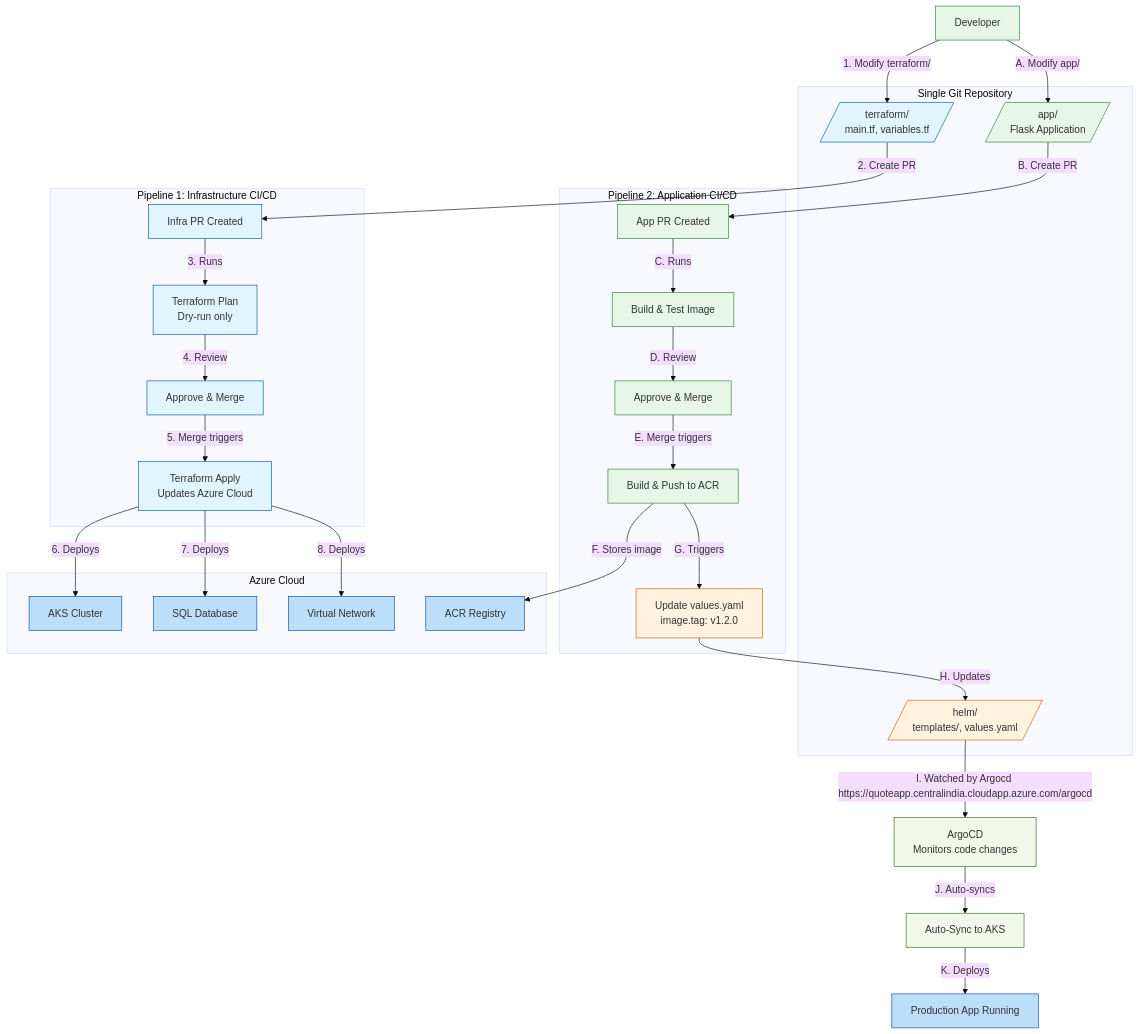
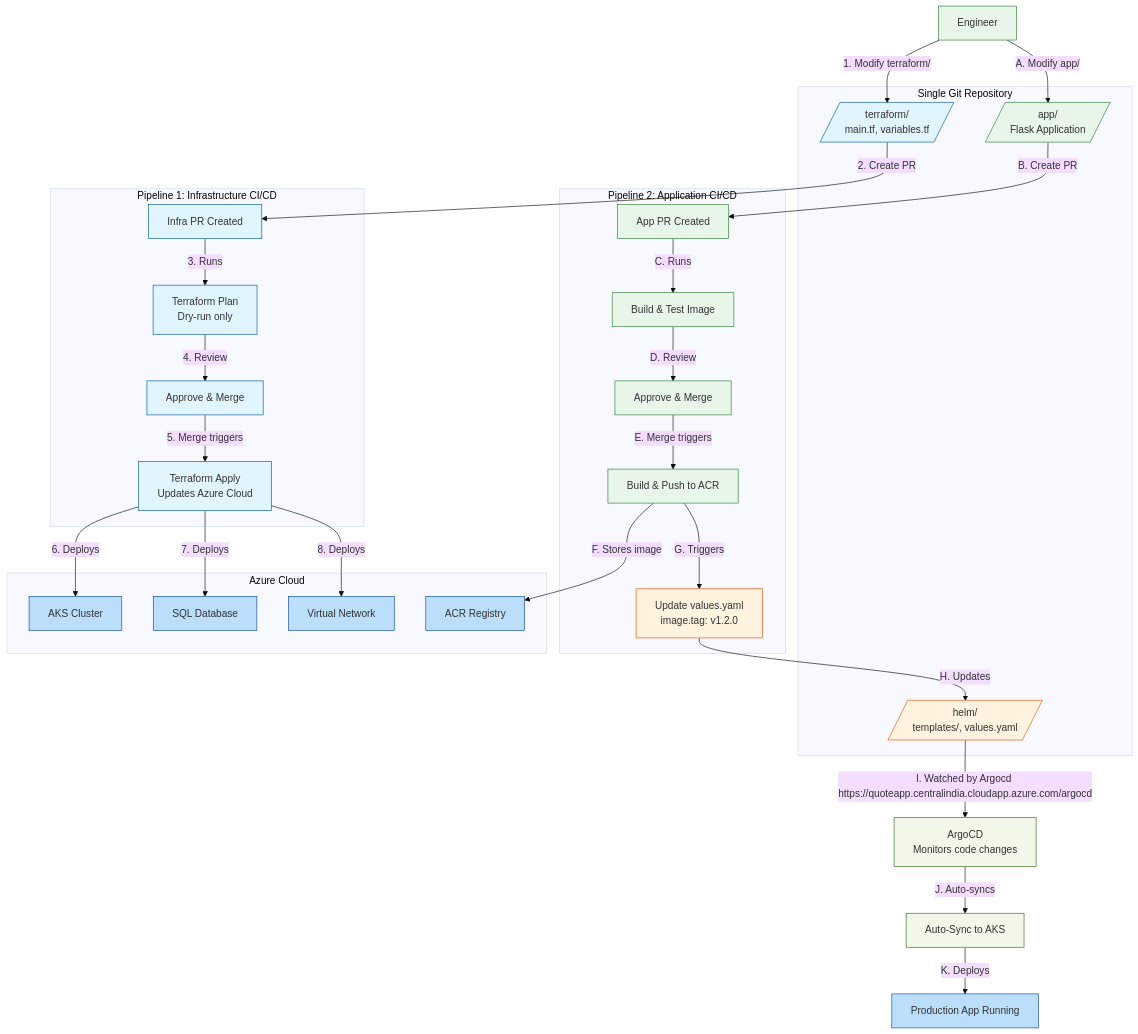
Before and after one commit to mahesh-assessment/azure-webapp: the second of 2 diagrams in README.md, drawn with Mermaid (base theme).

````diff
--- a/README.md
+++ b/README.md
@@ -91,76 +91,76 @@
 ```mermaid
 graph TD
     %% Styling
     classDef dev fill:#e8f5e9,stroke:#2e7d32
     classDef git fill:#f3e5f5,stroke:#4a148c
     classDef terraform fill:#e1f5fe,stroke:#01579b
     classDef azure fill:#bbdefb,stroke:#0d47a1
     classDef helm fill:#fff3e0,stroke:#e65100
     classDef argocd fill:#f1f8e9,stroke:#33691e
     
-    %% Developer Actions
-    DEV[Developer]:::dev
+    %% Engineer Actions
+    DEV[Engineer]:::dev
     
     %% Repository Structure
     subgraph "Single Git Repository"
         INFRA_CODE[/terraform/<br/>main.tf, variables.tf/]:::terraform
         APP_CODE[/app/<br/>Flask Application/]:::dev
         HELM_CHART[/helm/<br/>templates/, values.yaml/]:::helm
     end
     
     %% Two Separate CI/CD Pipelines
     subgraph "Pipeline 1: Infrastructure CI/CD"
         PR_INFRA[Infra PR Created]:::terraform
         PLAN_ONLY[Terraform Plan<br/> Dry-run only]:::terraform
         APPROVE_INFRA[Approve & Merge]:::terraform
         TF_APPLY[Terraform Apply<br/> Updates Azure Cloud]:::terraform
     end
     
     subgraph "Pipeline 2: Application CI/CD"
         PR_APP[App PR Created]:::dev
         BUILD_TEST[Build & Test Image]:::dev
         APPROVE_APP[Approve & Merge]:::dev
         BUILD_PUSH[Build & Push to ACR]:::dev
         UPDATE_TAG[Update values.yaml<br/>image.tag: v1.2.0]:::helm
     end
     
     %% Azure Resources
     subgraph "Azure Cloud"
         AKS_RESOURCE[AKS Cluster]:::azure
         SQL_RESOURCE[SQL Database]:::azure
         VNET_RESOURCE[Virtual Network]:::azure
         ACR_RESOURCE[ACR Registry]:::azure
     end
     
     %% ArgoCD GitOps
     ARGOCD_WATCHER[ArgoCD<br/>Monitors code changes]:::argocd
     ARGOCD_SYNC[Auto-Sync to AKS]:::argocd
     
     %% Production
     PROD_APP[ Production App Running]:::azure
     
     %% Infrastructure Flow
     DEV -->|1. Modify terraform/| INFRA_CODE
     INFRA_CODE -->|2. Create PR| PR_INFRA
     PR_INFRA -->|3. Runs| PLAN_ONLY
     PLAN_ONLY -->|4. Review| APPROVE_INFRA
     APPROVE_INFRA -->|5. Merge triggers| TF_APPLY
     TF_APPLY -->|6. Deploys| AKS_RESOURCE
     TF_APPLY -->|7. Deploys| SQL_RESOURCE
     TF_APPLY -->|8. Deploys| VNET_RESOURCE
     
     %% Application Flow
     DEV -->|A. Modify app/| APP_CODE
     APP_CODE -->|B. Create PR| PR_APP
     PR_APP -->|C. Runs| BUILD_TEST
     BUILD_TEST -->|D. Review| APPROVE_APP
     APPROVE_APP -->|E. Merge triggers| BUILD_PUSH
     BUILD_PUSH -->|F. Stores image| ACR_RESOURCE
     BUILD_PUSH -->|G. Triggers| UPDATE_TAG
     UPDATE_TAG -->|H. Updates| HELM_CHART
     
     %% ArgoCD Flow
     HELM_CHART -->|I. Watched by Argocd https://quoteapp.centralindia.cloudapp.azure.com/argocd| ARGOCD_WATCHER
     ARGOCD_WATCHER -->|J. Auto-syncs| ARGOCD_SYNC
     ARGOCD_SYNC -->|K. Deploys| PROD_APP
 ```
````
